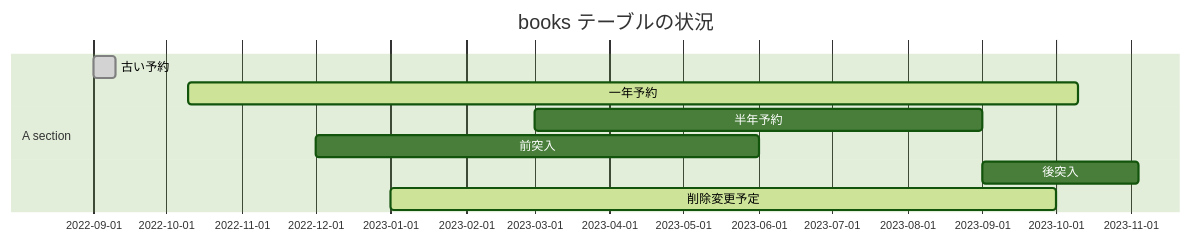
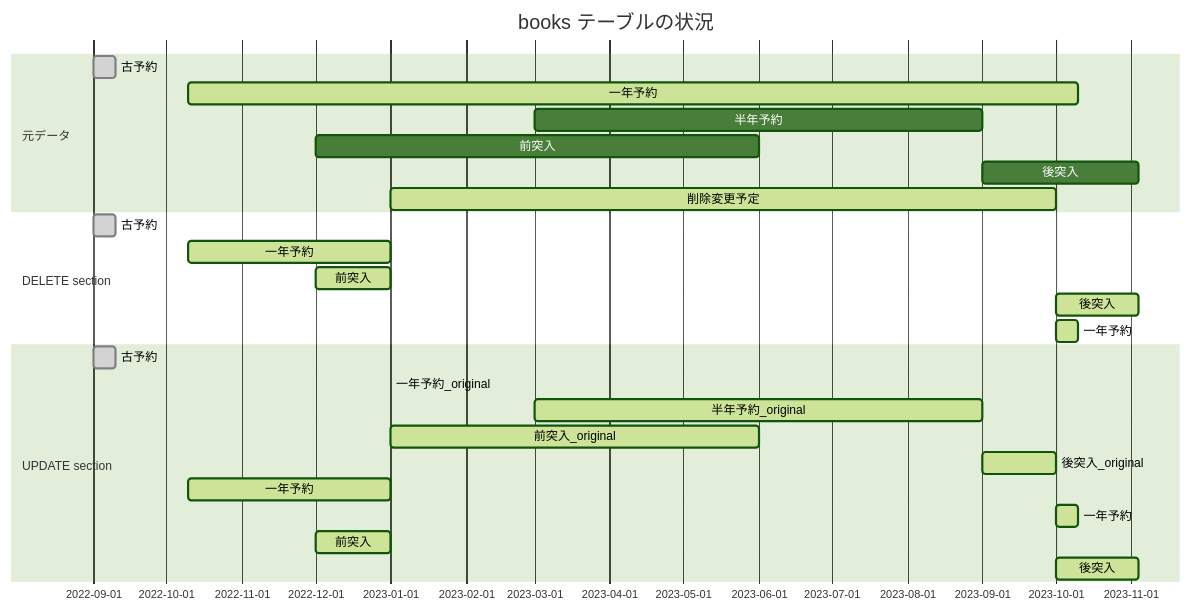
The diagram in articles/temportal-table-at-mariadb-memo.md (a-yasui/zenn-document), drawn with Mermaid (forest theme) before and after one commit. The commit also changed other lines of this file, not shown here.

Commit message:
graph に delete/update 追加

````diff
--- a/articles/temportal-table-at-mariadb-memo.md
+++ b/articles/temportal-table-at-mariadb-memo.md
@@ -535,14 +535,33 @@
 ```mermaid
 gantt
 dateFormat  YYYY-MM-DD
 title books テーブルの状況
 excludes weekdays 2023-10-01
 
-section A section
-古い予約 :done,   d1, 2022-09-01, 2022-09-10
+section 元データ
+古予約  :done,   d1, 2022-09-01, 2022-09-10
 一年予約 :active, dy, 2022-10-10, 2023-10-10
 半年予約 :        dh, 2023-03-01, 2023-09-01
 前突入   :        da, 2022-12-01, 2023-06-01
 後突入   :        db, 2023-09-01, 2023-11-04
 削除変更予定: active, ddd, 2023-01-01, 2023-10-01
+
+section DELETE section
+古予約  :done,   d1, 2022-09-01, 2022-09-10
+一年予約 :active, dy, 2022-10-10, 2023-01-01
+前突入   :active, da, 2022-12-01, 2023-01-01
+後突入   :active, db, 2023-10-01, 2023-11-04
+一年予約 :active, dy, 2023-10-01, 2023-10-10
+
+section UPDATE section
+古予約            :done,  d1, 2022-09-01, 2022-09-10
+一年予約_original :active, dy_o, 2023-01-01, 2023-01-01
+半年予約_original :active, dh_o, 2023-03-01, 2023-09-01
+前突入_original   :active, da_o, 2023-01-01, 2023-06-01
+後突入_original   :active, db_o, 2023-09-01, 2023-10-01
+一年予約          :active, dy_1, 2022-10-10, 2023-01-01
+一年予約          :active, dy_2, 2023-10-01, 2023-10-10
+前突入            :active, da, 2022-12-01, 2023-01-01
+後突入            :active, db, 2023-10-01, 2023-11-04
+
 ```
````
